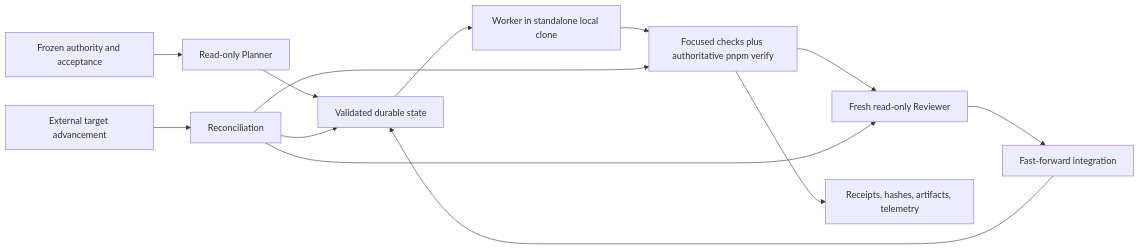
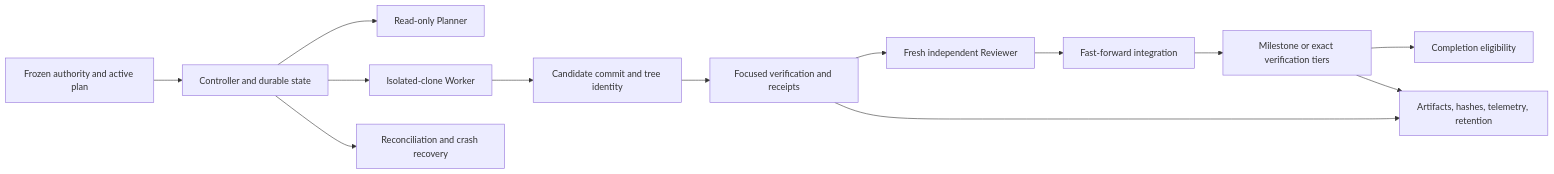
One commit to mclaurin10/milestone-loop-template changed the diagram in CORRECTNESS_AND_EFFICIENCY_AUDIT.md. Above: the diagram before and after it, drawn with Mermaid. The commit also changed other lines of this file, not shown here.

````diff
--- a/CORRECTNESS_AND_EFFICIENCY_AUDIT.md
+++ b/CORRECTNESS_AND_EFFICIENCY_AUDIT.md
@@ -53,15 +54,15 @@
 ```mermaid
 flowchart LR
-    A["Frozen authority and acceptance"] --> P["Read-only Planner"]
-    P --> S["Validated durable state"]
-    S --> W["Worker in standalone local clone"]
-    W --> V["Focused checks plus authoritative pnpm verify"]
-    V --> R["Fresh read-only Reviewer"]
-    R --> G["Fast-forward integration"]
-    G --> S
-    V --> E["Receipts, hashes, artifacts, telemetry"]
-    X["External target advancement"] --> C["Reconciliation"]
-    C --> V
-    C --> R
-    C --> S
+    A["Frozen authority and active plan"] --> B["Controller and durable state"]
+    B --> C["Read-only Planner"]
+    B --> D["Isolated-clone Worker"]
+    D --> E["Candidate commit and tree identity"]
+    E --> F["Focused verification and receipts"]
+    F --> G["Fresh independent Reviewer"]
+    G --> H["Fast-forward integration"]
+    H --> I["Milestone or exact verification tiers"]
+    I --> J["Completion eligibility"]
+    B --> K["Reconciliation and crash recovery"]
+    F --> L["Artifacts, hashes, telemetry, retention"]
+    I --> L
 ```
````
